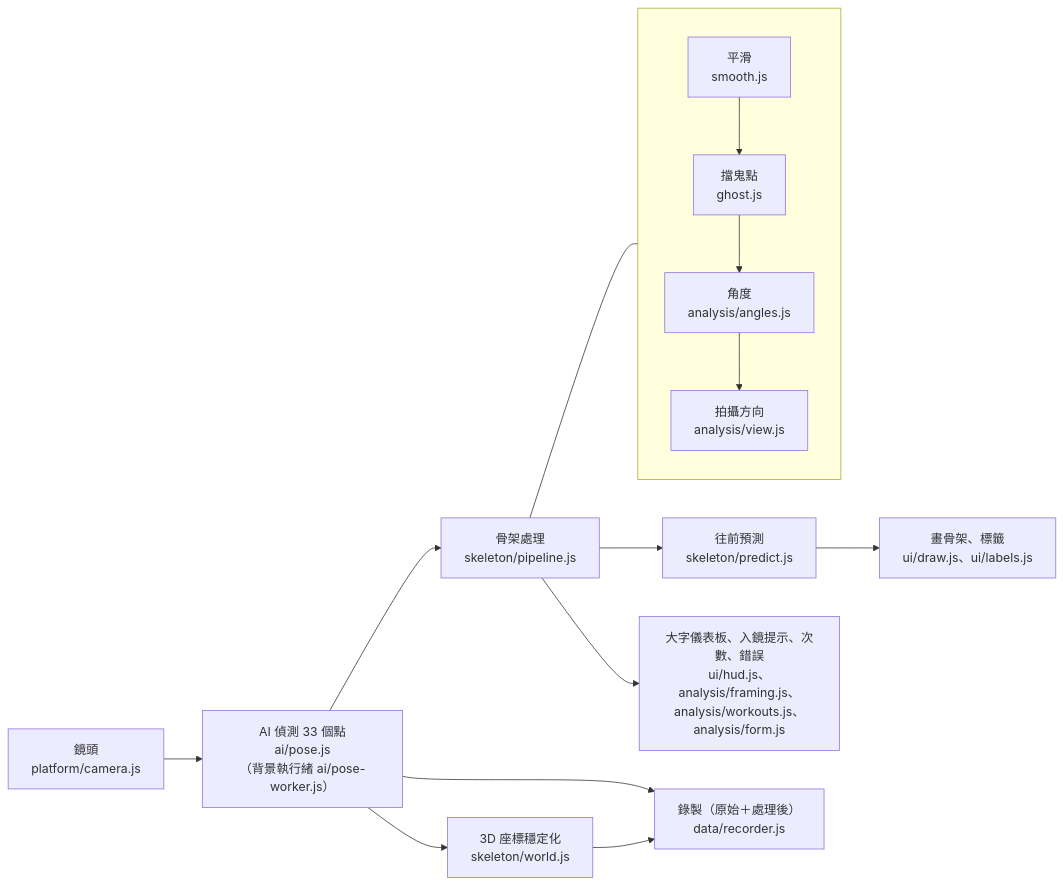
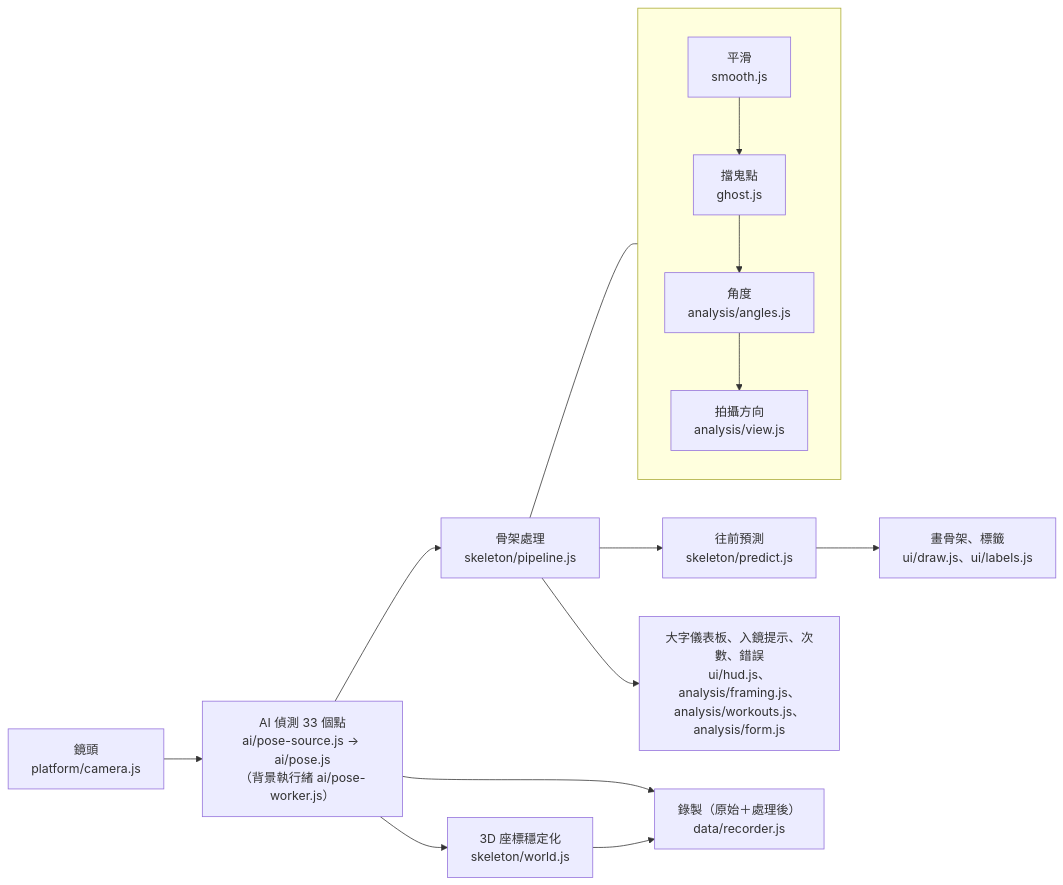
One commit to ttweew/claude-workspace changed the diagram in docs/architecture.md. Above: the diagram before and after it, drawn with Mermaid. The commit also changed other lines of this file and 7 other files, not shown here.

````diff
--- a/docs/architecture.md
+++ b/docs/architecture.md
@@ -165,14 +167,14 @@
 ```mermaid
 flowchart LR
-    CAM["鏡頭<br>platform/camera.js"] --> AI["AI 偵測 33 個點<br>ai/pose.js<br>（背景執行緒 ai/pose-worker.js）"]
+    CAM["鏡頭<br>platform/camera.js"] --> AI["AI 偵測 33 個點<br>ai/pose-source.js → ai/pose.js<br>（背景執行緒 ai/pose-worker.js）"]
     AI --> PIPE["骨架處理<br>skeleton/pipeline.js"]
     subgraph PIPE_IN [" "]
         direction TB
         S1["平滑<br>smooth.js"] --> S2["擋鬼點<br>ghost.js"] --> S3["角度<br>analysis/angles.js"] --> S4["拍攝方向<br>analysis/view.js"]
     end
     PIPE --- PIPE_IN
     PIPE --> PRED["往前預測<br>skeleton/predict.js"] --> DRAW["畫骨架、標籤<br>ui/draw.js、ui/labels.js"]
     PIPE --> HUD["大字儀表板、入鏡提示、次數、錯誤<br>ui/hud.js、analysis/framing.js、analysis/workouts.js、analysis/form.js"]
     AI --> REC["錄製（原始＋處理後）<br>data/recorder.js"]
     AI --> WORLD["3D 座標穩定化<br>skeleton/world.js"] --> REC
 ```
````
